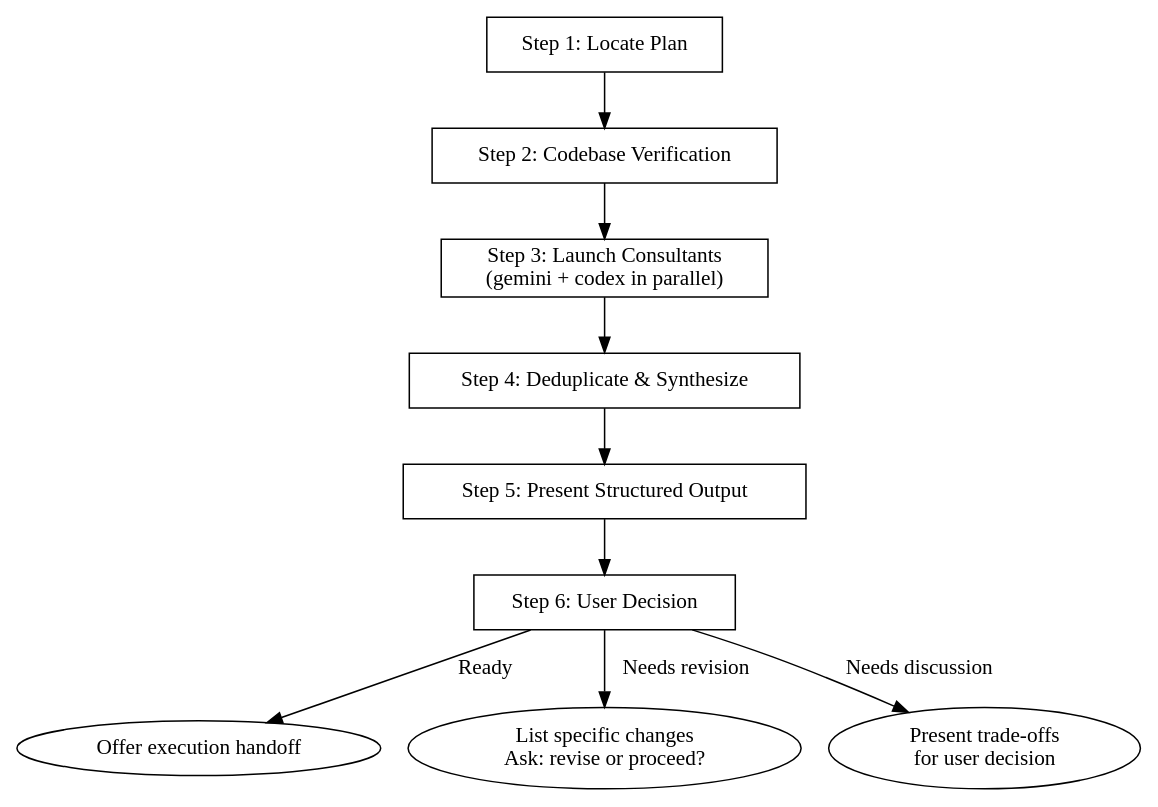
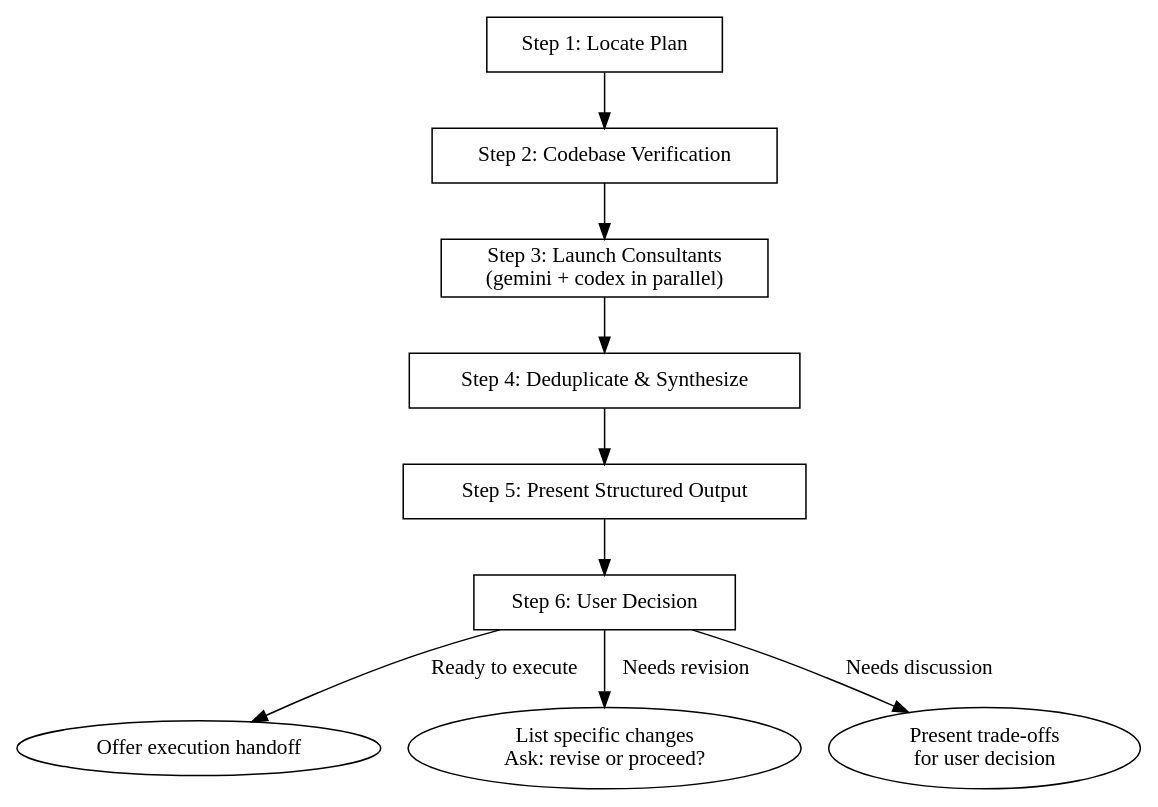
Before and after one commit to rube-de/cc-skills: the diagram in plugins/council/skills/review-plan/SKILL.md, drawn with Graphviz. The commit also changed other lines of this file, not shown here.

````diff
--- a/plugins/council/skills/review-plan/SKILL.md
+++ b/plugins/council/skills/review-plan/SKILL.md
@@ -18,23 +18,23 @@
 ```dot
 digraph review_plan {
   rankdir=TB;
   node [shape=box];
 
   locate [label="Step 1: Locate Plan"];
   verify [label="Step 2: Codebase Verification"];
   launch [label="Step 3: Launch Consultants\n(gemini + codex in parallel)"];
   synthesize [label="Step 4: Deduplicate & Synthesize"];
   present [label="Step 5: Present Structured Output"];
   decide [label="Step 6: User Decision"];
 
   locate -> verify -> launch -> synthesize -> present -> decide;
 
-  decide -> execute [label="Ready"];
+  decide -> execute [label="Ready to execute"];
   decide -> revise [label="Needs revision"];
   decide -> discuss [label="Needs discussion"];
 
   execute [label="Offer execution handoff" shape=ellipse];
   revise [label="List specific changes\nAsk: revise or proceed?" shape=ellipse];
   discuss [label="Present trade-offs\nfor user decision" shape=ellipse];
 }
 ```
````
